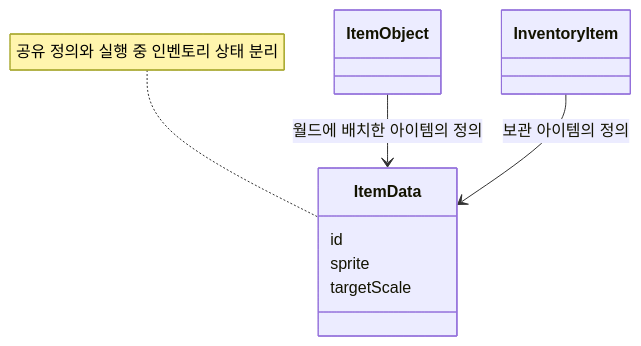
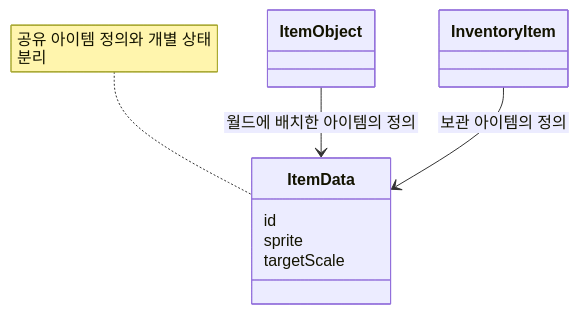
Before and after one commit to 1Seong/SaveTheWorld: the first of 2 diagrams in portfolio/item-system/README.md, drawn with Mermaid. The commit also changed other lines of this file and 6 other files, not shown here.

Commit message:
docs: fix diagram text layout and feature sample emphasis

````diff
--- a/portfolio/item-system/README.md
+++ b/portfolio/item-system/README.md
@@ -9,9 +9,10 @@
 ```mermaid
+%%{init: {"htmlLabels": false, "themeVariables": {"fontFamily": "Arial, sans-serif"}, "flowchart": {"padding": 20, "diagramPadding": 20}, "sequence": {"diagramMarginX": 24, "diagramMarginY": 16, "wrap": true}}}%%
 classDiagram
   ItemObject --> ItemData : 월드에 배치한 아이템의 정의
   InventoryItem --> ItemData : 보관 아이템의 정의
   ItemData : id
   ItemData : sprite
   ItemData : targetScale
-  note for ItemData "공유 정의와 실행 중 인벤토리 상태 분리"
+  note for ItemData "공유 아이템 정의와 개별 상태 분리"
 ```
````
